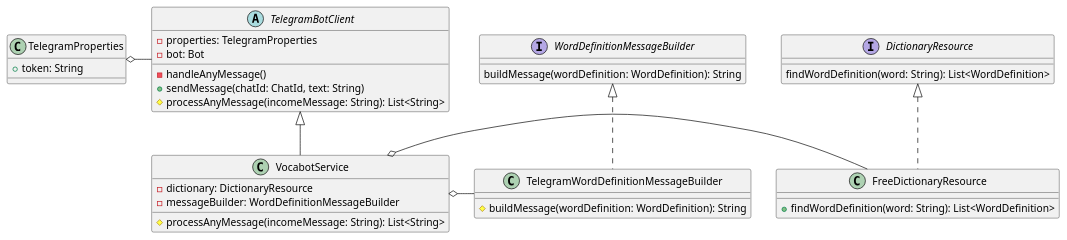
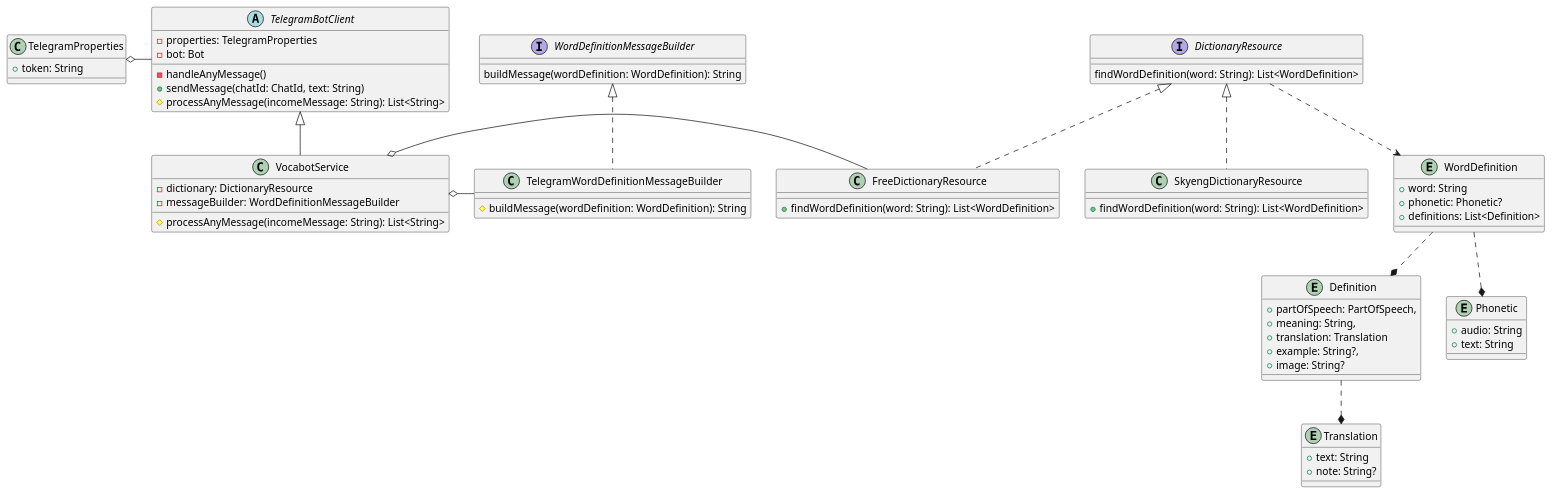
The diagram in classdiagram.puml (IGoryunov/vocabot), drawn with PlantUML before and after one commit. The commit also changed 18 other files, not shown here.

Commit message:
improve dictionary using skyeng open api

```diff
--- a/classdiagram.puml
+++ b/classdiagram.puml
@@ -1,49 +1,77 @@
 @startuml
 
 class TelegramProperties{
     + token: String
 }
 
 abstract class TelegramBotClient {
     - properties: TelegramProperties
     - bot: Bot
     - handleAnyMessage()
     + sendMessage(chatId: ChatId, text: String)
     # processAnyMessage(incomeMessage: String): List<String>
 }
 
 TelegramProperties o- TelegramBotClient
 
 interface WordDefinitionMessageBuilder {
     buildMessage(wordDefinition: WordDefinition): String
 }
 
 interface DictionaryResource {
     findWordDefinition(word: String): List<WordDefinition>
 }
 
 together {
     class VocabotService extends TelegramBotClient {
         -dictionary: DictionaryResource
         -messageBuilder: WordDefinitionMessageBuilder
         # processAnyMessage(incomeMessage: String): List<String>
     }
 
     VocabotService o- FreeDictionaryResource
     VocabotService o- TelegramWordDefinitionMessageBuilder
 
+    entity WordDefinition {
+        +word: String
+        +phonetic: Phonetic?
+        +definitions: List<Definition>
+    }
+    entity Definition{
+        +partOfSpeech: PartOfSpeech,
+        +meaning: String,
+        +translation: Translation
+        +example: String?,
+        +image: String?
+    }
+
+    entity Phonetic{
+        +audio: String
+        +text: String
+    }
+    entity Translation {
+        +text: String
+        +note: String?
+    }
+    WordDefinition ..*Phonetic
+    WordDefinition ..*Definition
+    Definition ..*Translation
+
     class FreeDictionaryResource implements DictionaryResource{
         + findWordDefinition(word: String): List<WordDefinition>
     }
+    class SkyengDictionaryResource implements DictionaryResource {
+        + findWordDefinition(word: String): List<WordDefinition>
+    }
+    DictionaryResource ..> WordDefinition
 
 
     class TelegramWordDefinitionMessageBuilder implements WordDefinitionMessageBuilder{
         #buildMessage(wordDefinition: WordDefinition): String
     }
 }
 
 
 
 
-
 @enduml
```
